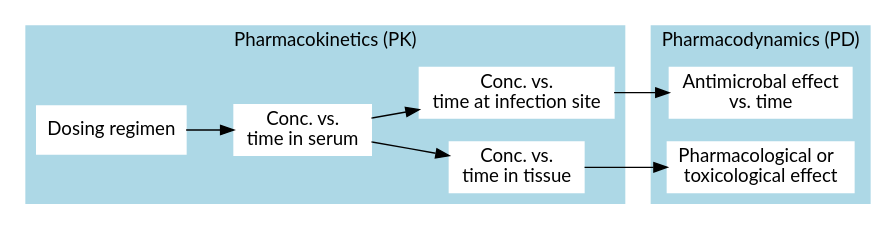
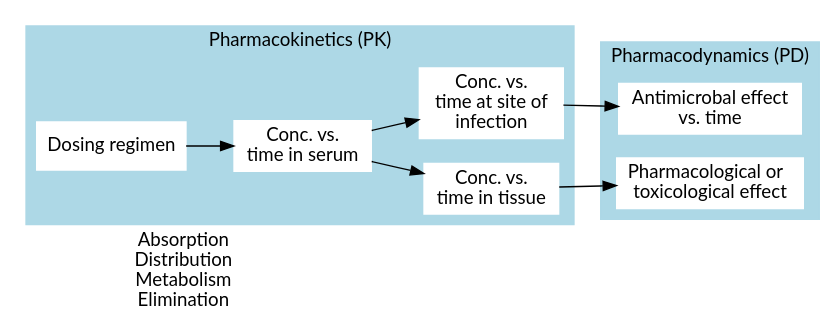
One commit to Russlewisbo/antibioticprinciples changed the third of 3 diagrams in Lecture1.qmd. Above: the diagram before and after it, drawn with Graphviz. The commit also changed other lines of this file and 5 other files, not shown here.

````diff
--- a/Lecture1.qmd
+++ b/Lecture1.qmd
@@ -105,42 +106,42 @@
 ```{dot}
 digraph G {
  	rankdir=LR
  	fontname="Lato,Arial,sans-serif"
 	node [fontname="Lato,Arial,sans-serif"]
 	edge [fontname="Lato,Arial,sans-serif"]
  
   subgraph cluster_0 {
     style=filled;
     color=lightblue;
     node [style=filled,color=white];
     start -> dosing;
     dosing -> tissue;
     dosing -> infection;
     label = "Pharmacokinetics (PK)";
     graph [labelloc=a]
     
     
     
   }
   
     subgraph cluster_1 {
     line=black;
     style=filled;
     color=lightblue;
     node [style=filled,color=white];
   tissue->PD1
     infection-> PD2;
     label = "Pharmacodynamics (PD)";
   }
   
  
   start [shape=Box, label="Dosing regimen"];
-  dosing [shape=rectangle, style=filled,color=white, label="Conc. vs. \n time in serum"];
+  dosing [shape=rectangle, style=filled,color=white, label="Conc. vs. \n time in serum", xlabel=" \n    \n  \nAbsorption \nDistribution \nMetabolism \nElimination"];
   tissue [shape=rectangle, style=filled,color=white, label="Conc. vs. \n time in tissue"];
-  infection [shape=rectangle, style=filled, color=white, label="Conc. vs. \n time at infection site"];
+  infection [shape=rectangle, style=filled, color=white, label="Conc. vs. \n time at site of \n infection"];
   PD1 [shape=rectangle, label="Pharmacological or  \n toxicological effect"]; 
   PD2 [shape=rectangle, label="Antimicrobal effect \n vs. time"];
 }
 
 
 ```
````
